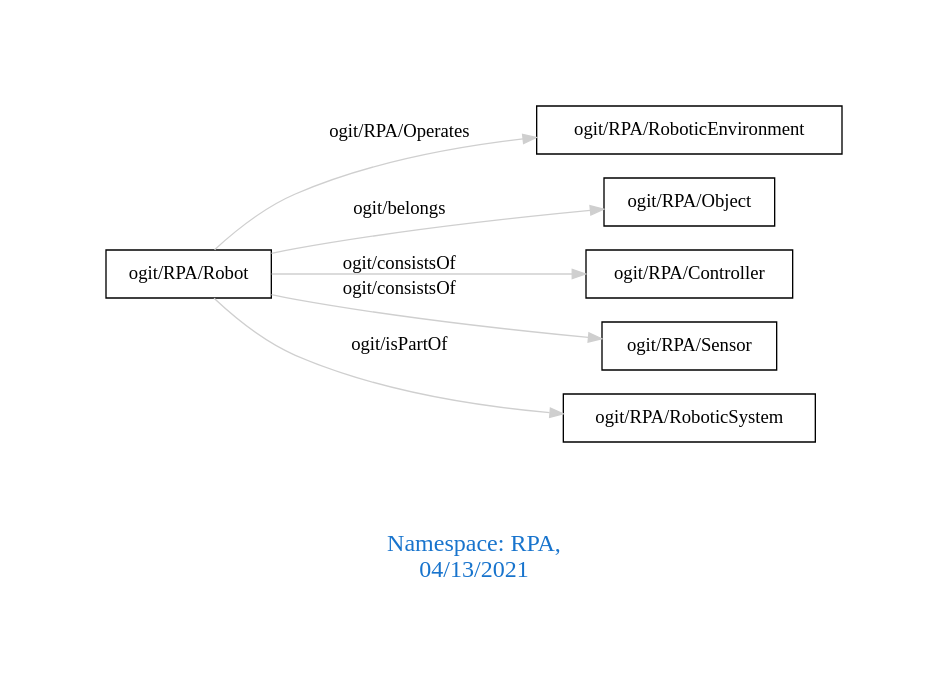
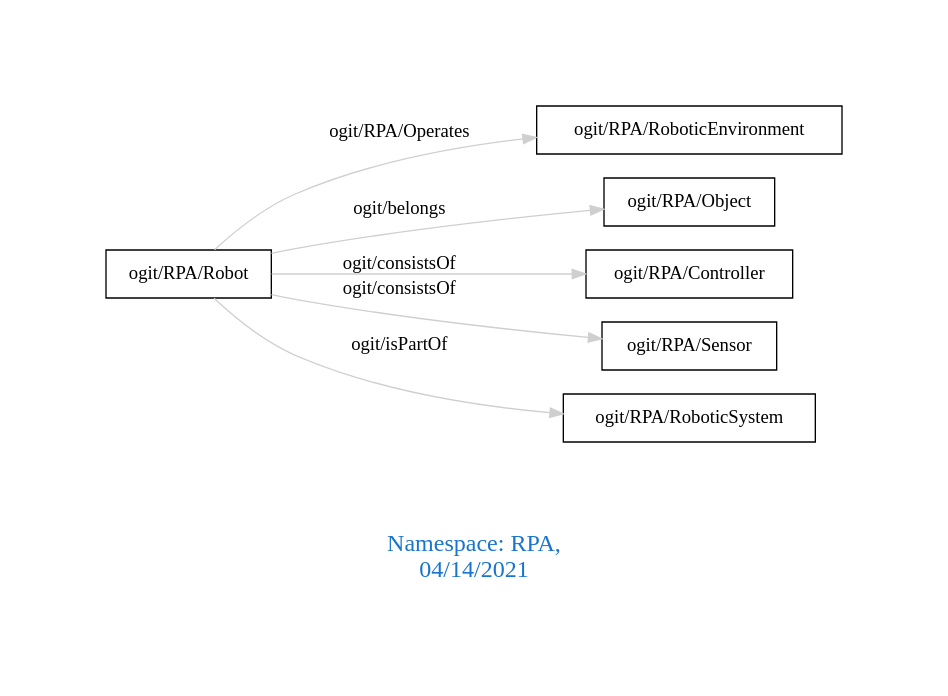
Before and after one commit to arago/OGIT: the diagram in downloads/RPA.dot, drawn with Graphviz. The commit also changed 1849 other files, not shown here.

```diff
--- a/downloads/RPA.dot
+++ b/downloads/RPA.dot
@@ -1,13 +1,13 @@
 digraph OGIT_ontology {
  graph [ rankdir= LR,pad=1 
 fontsize = 18,
-fontcolor= dodgerblue3,label = "\n\n\nNamespace: RPA, \n 04/13/2021"];
+fontcolor= dodgerblue3,label = "\n\n\nNamespace: RPA, \n 04/14/2021"];
 node[shape=polygon];
 edge [  color="gray81"];
 
    "ogit/RPA/Robot" -> "ogit/RPA/RoboticEnvironment" [label="   ogit/RPA/Operates    "];
    "ogit/RPA/Robot" -> "ogit/RPA/Object" [label="   ogit/belongs    "];
    "ogit/RPA/Robot" -> "ogit/RPA/Controller" [label="   ogit/consistsOf    "];
    "ogit/RPA/Robot" -> "ogit/RPA/Sensor" [label="   ogit/consistsOf    "];
    "ogit/RPA/Robot" -> "ogit/RPA/RoboticSystem" [label="   ogit/isPartOf    "];
 }
```
